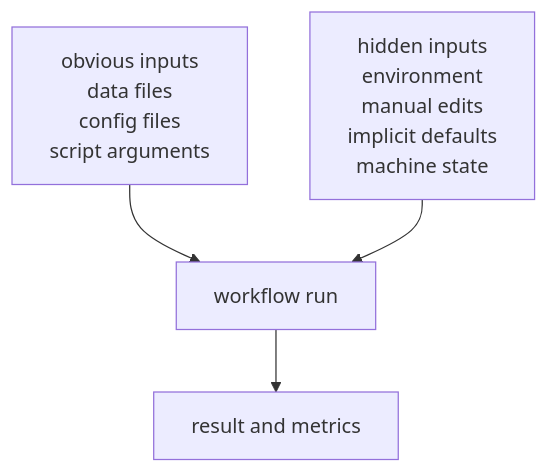
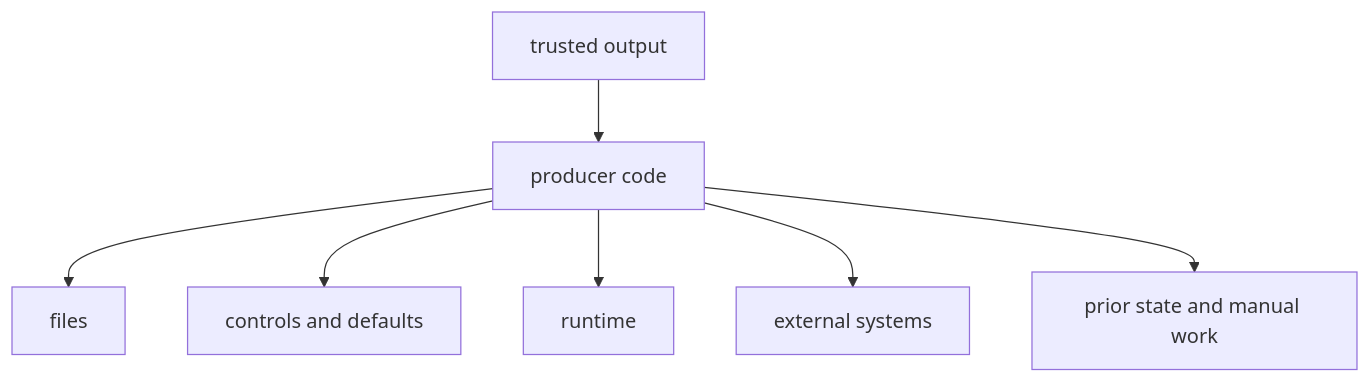
Before and after one commit to bijux/bijux-masterclass: the third of 3 diagrams in programs/reproducible-research/deep-dive-dvc/course-book/module-01-reproducibility-failures-real-teams/hidden-state-and-undeclared-inputs.md, drawn with Mermaid. The commit also changed other lines of this file, not shown here.

Commit message:
docs(dvc): expose hidden workflow influences

````diff
--- a/programs/reproducible-research/deep-dive-dvc/course-book/module-01-reproducibility-failures-real-teams/hidden-state-and-undeclared-inputs.md
+++ b/programs/reproducible-research/deep-dive-dvc/course-book/module-01-reproducibility-failures-real-teams/hidden-state-and-undeclared-inputs.md
@@ -67,6 +144,9 @@
 ```mermaid
-flowchart TD
-  obvious["obvious inputs<br/>data files<br/>config files<br/>script arguments"] --> run["workflow run"]
-  hidden["hidden inputs<br/>environment<br/>manual edits<br/>implicit defaults<br/>machine state"] --> run
-  run --> result["result and metrics"]
+flowchart TB
+  result["trusted output"] --> code["producer code"]
+  code --> files["files"]
+  code --> controls["controls and defaults"]
+  code --> runtime["runtime"]
+  code --> external["external systems"]
+  code --> prior["prior state and manual work"]
 ```
````
